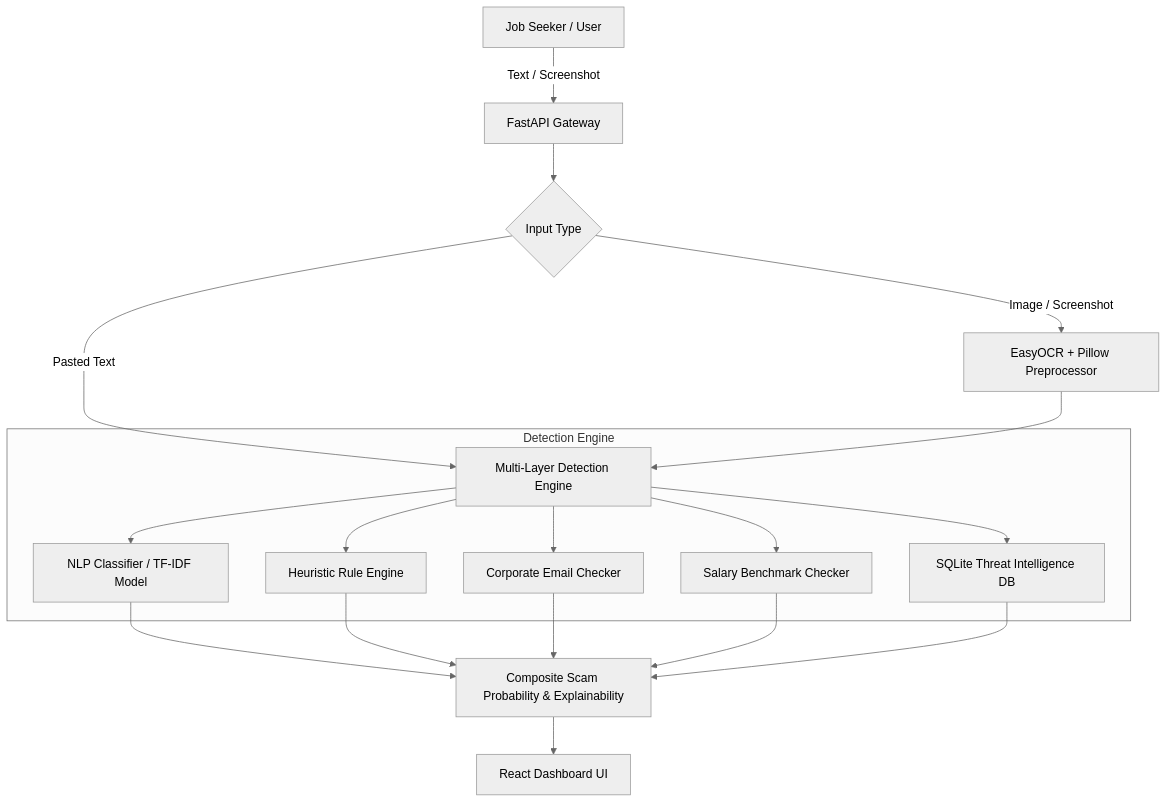
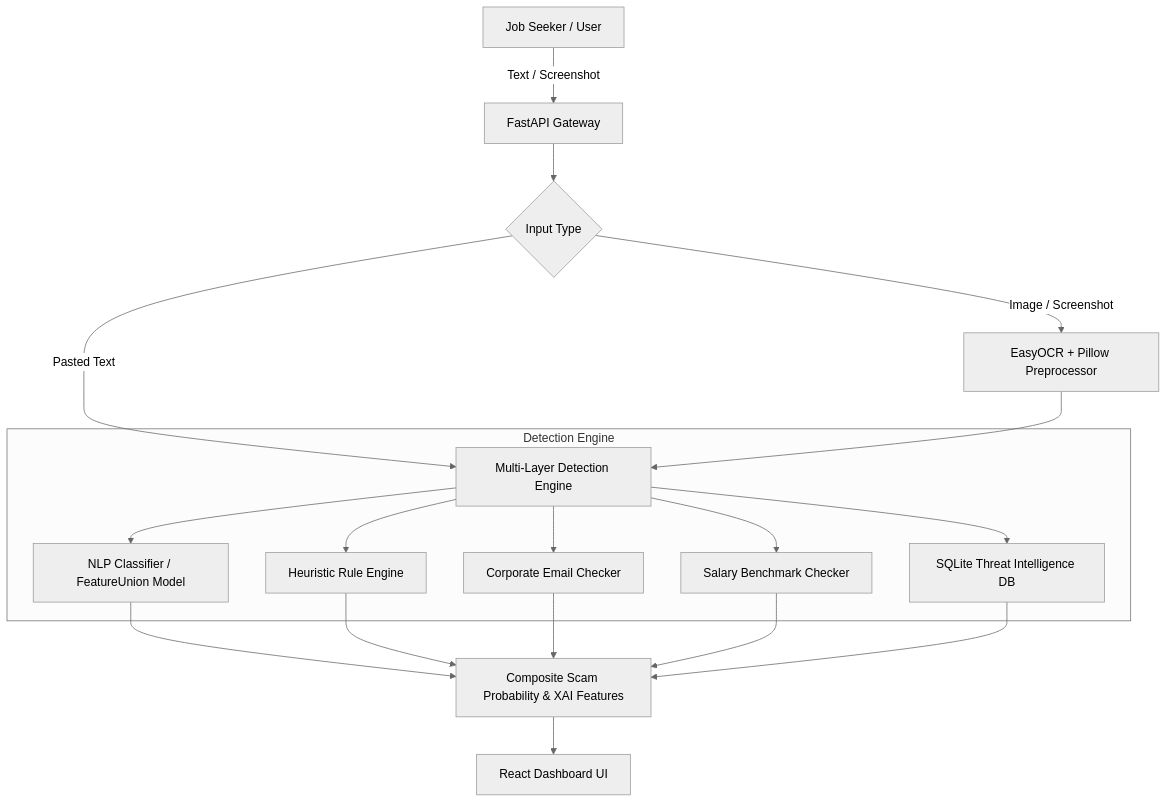
Before and after one commit to UjwalL1605/JobShield-AI: the diagram in README.md, drawn with Mermaid (neutral theme). The commit also changed other lines of this file and 14 other files, not shown here.

````diff
--- a/README.md
+++ b/README.md
@@ -53,19 +73,19 @@
 ```mermaid
 graph TD
     A[Job Seeker / User] -->|Text / Screenshot| B[FastAPI Gateway]
     B --> C{Input Type}
     C -->|Image / Screenshot| D[EasyOCR + Pillow Preprocessor]
     C -->|Pasted Text| E[Multi-Layer Detection Engine]
     D --> E
     
     subgraph "Detection Engine"
-        E --> F[NLP Classifier / TF-IDF Model]
+        E --> F[NLP Classifier / FeatureUnion Model]
         E --> G[Heuristic Rule Engine]
         E --> H[Corporate Email Checker]
         E --> I[Salary Benchmark Checker]
         E --> J[SQLite Threat Intelligence DB]
     end
     
-    F & G & H & I & J --> K[Composite Scam Probability & Explainability]
+    F & G & H & I & J --> K[Composite Scam Probability & XAI Features]
     K --> L[React Dashboard UI]
 ```
````
